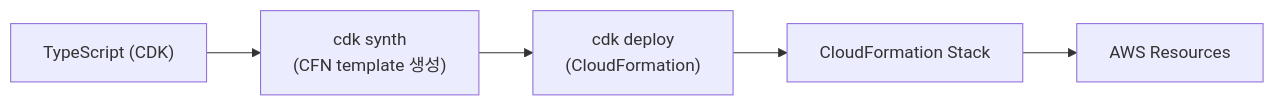
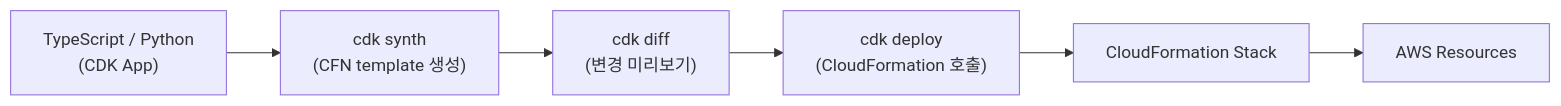
Before and after one commit to shinkeonkim/shinkeonkim.github.io: the first of 2 diagrams in src/content/wiki/cloud/cdk.mdx, drawn with Mermaid. The commit also changed other lines of this file and 526 other files, not shown here.

First line of the commit message:
content(wiki): 전수조사 및 대규모 보강 (짧은 파일 0, mermaid +645)

````diff
--- a/src/content/wiki/cloud/cdk.mdx
+++ b/src/content/wiki/cloud/cdk.mdx
@@ -18,7 +22,8 @@
 ```mermaid
 flowchart LR
-    Code["TypeScript (CDK)"] --> Synth["cdk synth<br/>(CFN template 생성)"]
-    Synth --> Deploy["cdk deploy<br/>(CloudFormation)"]
-    Deploy --> CFN[CloudFormation Stack]
-    CFN --> AWS[AWS Resources]
+    Code["TypeScript / Python\n(CDK App)"] --> Synth["cdk synth\n(CFN template 생성)"]
+    Synth --> Diff["cdk diff\n(변경 미리보기)"]
+    Diff --> Deploy["cdk deploy\n(CloudFormation 호출)"]
+    Deploy --> CFN["CloudFormation Stack"]
+    CFN --> AWS["AWS Resources"]
 ```
````
